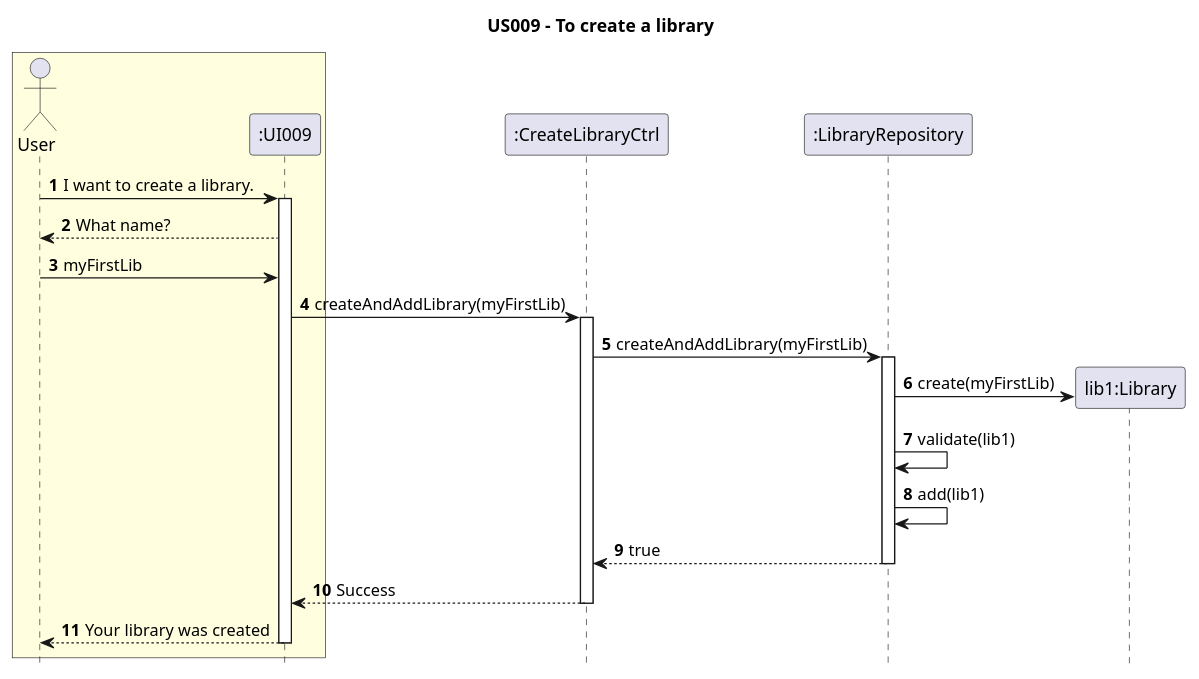
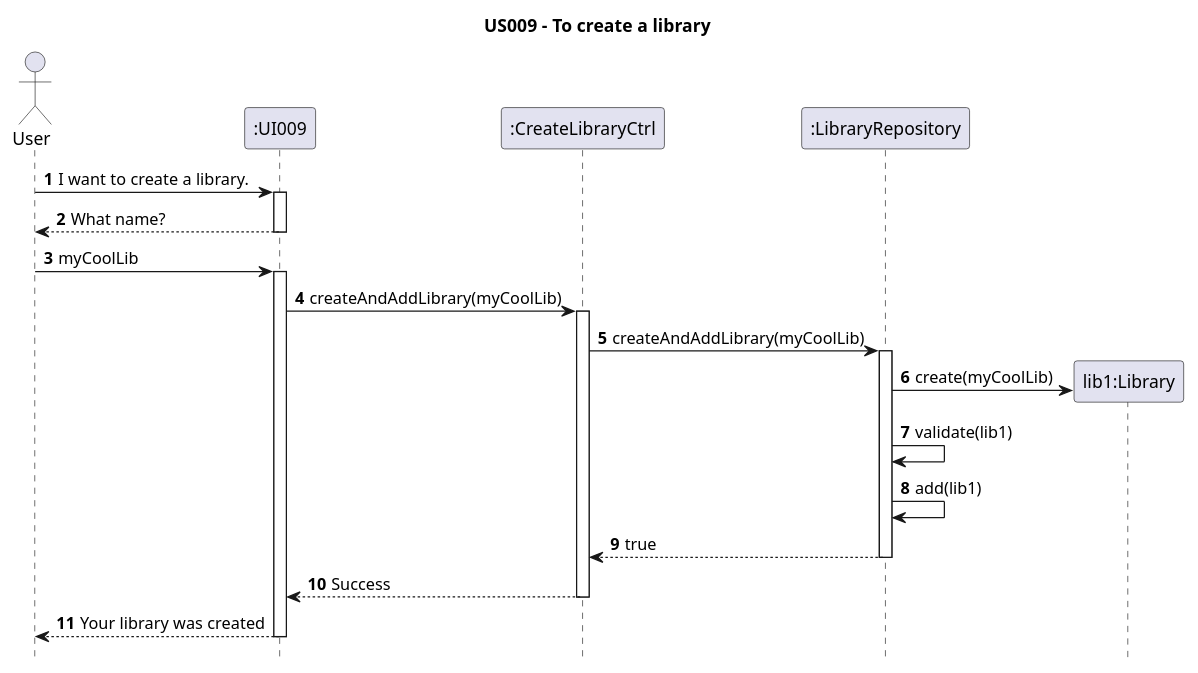
One commit to AndrePereiraGitH/SWitCH-Project-Team_A changed the diagram in Diagrams/SequenceDiagrams/N2/US009-to-create-a-library.puml. Above: the diagram before and after it, drawn with PlantUML. The commit also changed 5 other files, not shown here.

```diff
--- a/Diagrams/SequenceDiagrams/N2/US009-to-create-a-library.puml
+++ b/Diagrams/SequenceDiagrams/N2/US009-to-create-a-library.puml
@@ -1,40 +1,42 @@
 @startuml
 hide footbox
 autonumber
 title US009 - To create a library
 
-box #LightYellow
+
 actor User
 participant ":UI009" as UI
-end box
+
 
 
 participant ":CreateLibraryCtrl" as Ctrl
 participant ":LibraryRepository" as LibraryRepo
 
 
 User -> UI : I want to create a library.
 activate UI
 UI --> User : What name?
-User -> UI : myFirstLib
+deactivate UI
+User -> UI : myCoolLib
+activate UI
 
-UI -> Ctrl : createAndAddLibrary(myFirstLib)
+UI -> Ctrl : createAndAddLibrary(myCoolLib)
 activate Ctrl
-Ctrl -> LibraryRepo : createAndAddLibrary(myFirstLib)
+Ctrl -> LibraryRepo : createAndAddLibrary(myCoolLib)
 activate LibraryRepo
 
 create "lib1:Library" as Library
-LibraryRepo -> Library : create(myFirstLib)
+LibraryRepo -> Library : create(myCoolLib)
 
 LibraryRepo -> LibraryRepo : validate(lib1)
 LibraryRepo -> LibraryRepo : add(lib1)
 
 
 LibraryRepo --> Ctrl : true
 deactivate LibraryRepo
 Ctrl --> UI : Success
 deactivate Ctrl
 UI --> User : Your library was created
 deactivate UI
 
 @enduml
```
